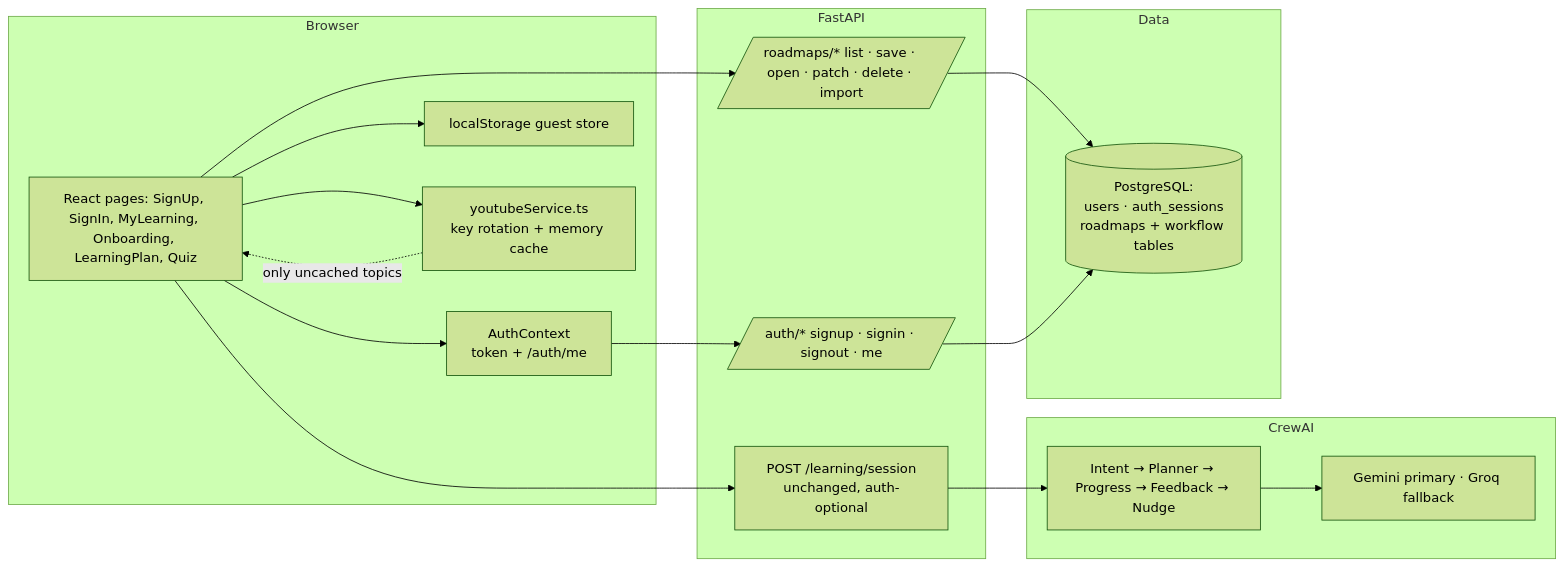
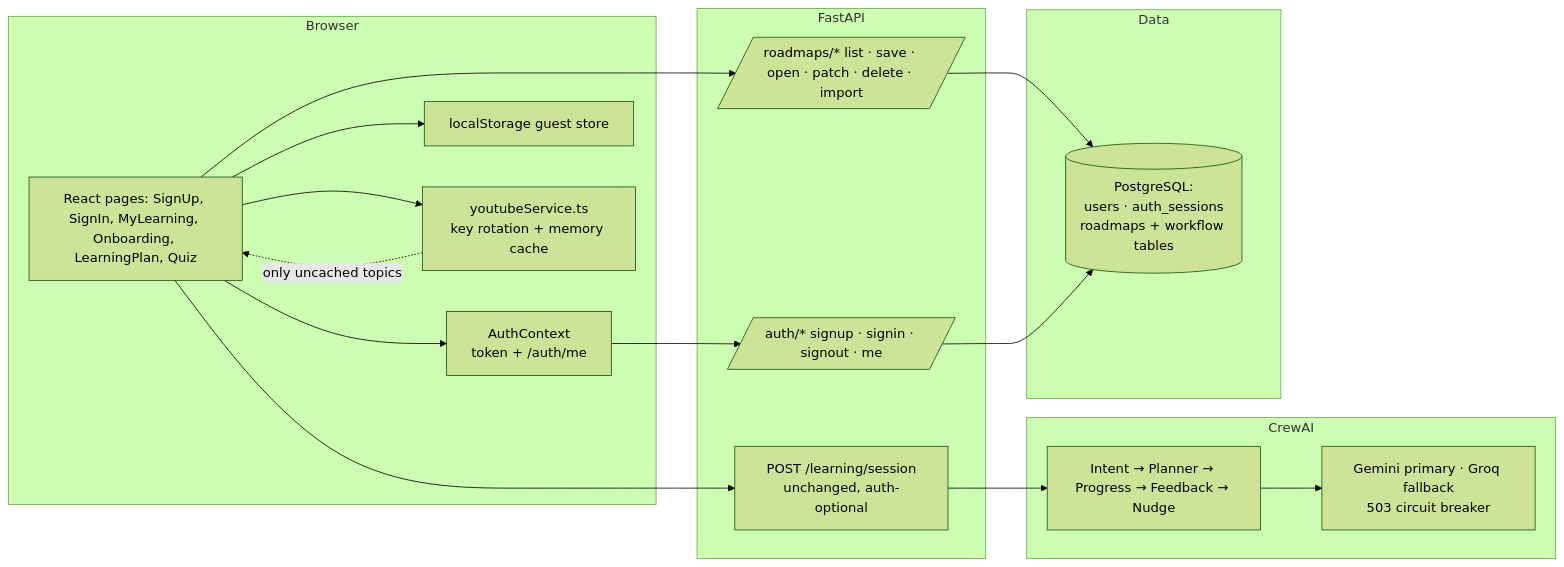
One commit to Rishabh-Devadiga/Saarthi.AI changed the sixth of 6 diagrams in FLOW.md. Above: the diagram before and after it, drawn with Mermaid (forest theme). The commit also changed other lines of this file and 3 other files, not shown here.

Commit message:
Update Decision and Flow docs

````diff
--- a/FLOW.md
+++ b/FLOW.md
@@ -112,32 +123,32 @@
 ```mermaid
 flowchart LR
     subgraph Browser
         R[React pages: SignUp, SignIn, MyLearning, Onboarding, LearningPlan, Quiz]
         AC[AuthContext\ntoken + /auth/me]
         GS[localStorage guest store]
         YT[youtubeService.ts\nkey rotation + memory cache]
     end
     subgraph FastAPI
         AU[/auth/* signup · signin · signout · me/]
         RM[/roadmaps/* list · save · open · patch · delete · import/]
         LS[POST /learning/session\nunchanged, auth-optional]
     end
     subgraph CrewAI
         AG[Intent → Planner → Progress → Feedback → Nudge]
-        LLM[Gemini primary · Groq fallback]
+        LLM[Gemini primary · Groq fallback\n503 circuit breaker]
     end
     subgraph Data
         PG[(PostgreSQL:\nusers · auth_sessions\nroadmaps + workflow tables)]
     end
     R --> AC
     AC --> AU
     R --> RM
     R --> LS
     LS --> AG
     AG --> LLM
     RM --> PG
     AU --> PG
     R --> GS
     R --> YT
     YT -.->|only uncached topics| R
 ```
````
